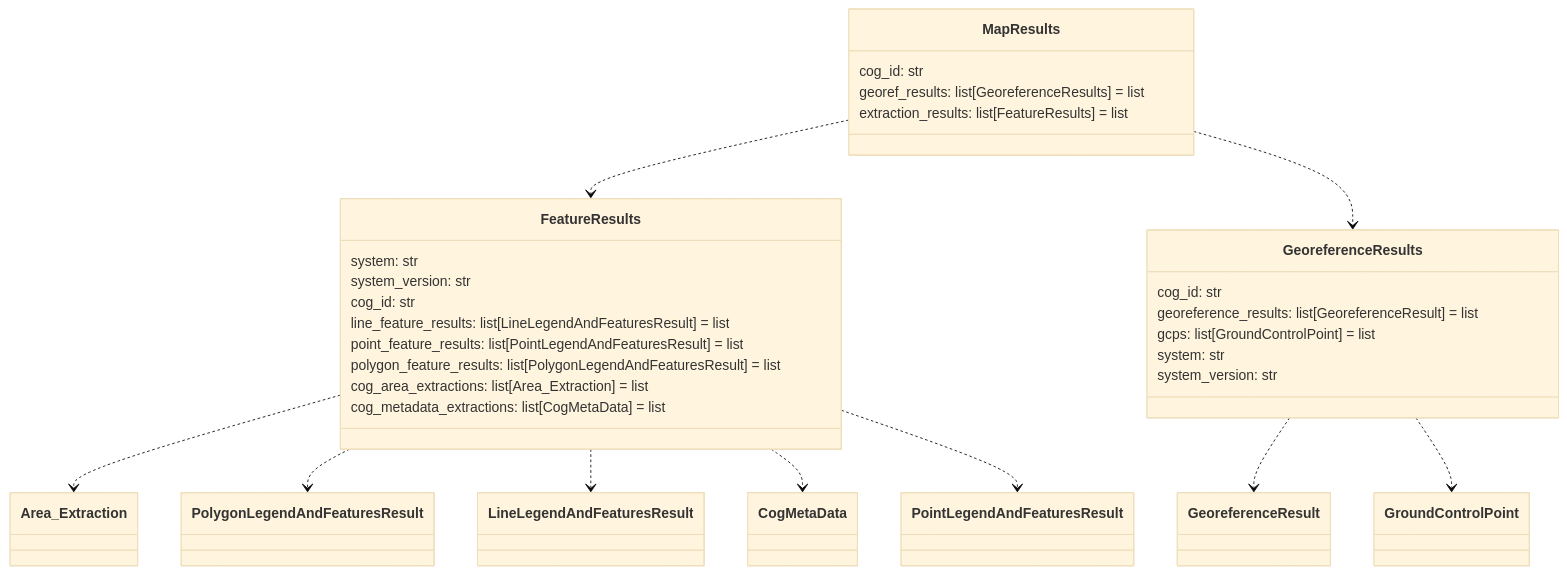
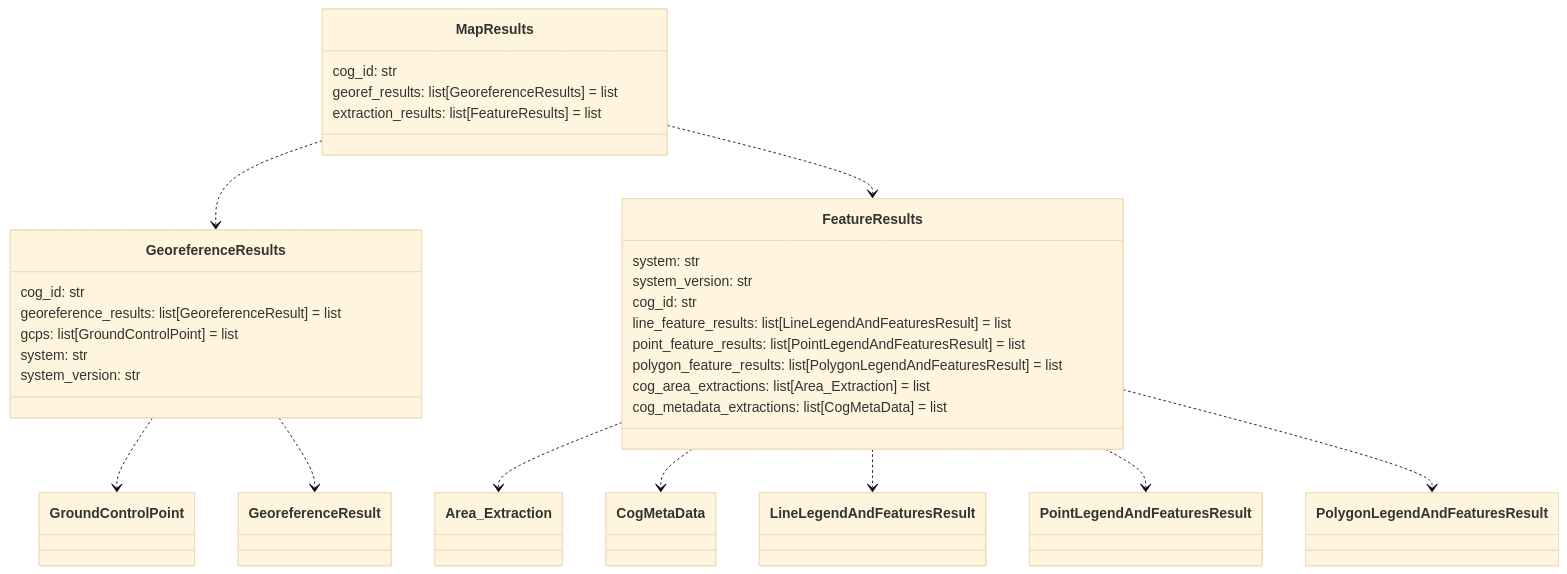
One commit to DARPA-CRITICALMAAS/cdr_schemas changed diagram 11 of 14 in README.md. Above: the diagram before and after it, drawn with Mermaid (base theme). The commit also changed other lines of this file and 4 other files, not shown here.

````diff
--- a/README.md
+++ b/README.md
@@ -901,40 +936,40 @@
 ```mermaid
 classDiagram
+
+    class GeoreferenceResults {
+        cog_id: str
+        georeference_results: list[GeoreferenceResult] = list
+        gcps: list[GroundControlPoint] = list
+        system: str
+        system_version: str
+    }
+
+    class MapResults {
+        cog_id: str
+        georef_results: list[GeoreferenceResults] = list
+        extraction_results: list[FeatureResults] = list
+    }
 
     class FeatureResults {
         system: str
         system_version: str
         cog_id: str
         line_feature_results: list[LineLegendAndFeaturesResult] = list
         point_feature_results: list[PointLegendAndFeaturesResult] = list
         polygon_feature_results: list[PolygonLegendAndFeaturesResult] = list
         cog_area_extractions: list[Area_Extraction] = list
         cog_metadata_extractions: list[CogMetaData] = list
     }
 
-    class MapResults {
-        cog_id: str
-        georef_results: list[GeoreferenceResults] = list
-        extraction_results: list[FeatureResults] = list
-    }
-
-    class GeoreferenceResults {
-        cog_id: str
-        georeference_results: list[GeoreferenceResult] = list
-        gcps: list[GroundControlPoint] = list
-        system: str
-        system_version: str
-    }
-
     FeatureResults ..> Area_Extraction
+    FeatureResults ..> CogMetaData
+    FeatureResults ..> LineLegendAndFeaturesResult
+    FeatureResults ..> PointLegendAndFeaturesResult
     FeatureResults ..> PolygonLegendAndFeaturesResult
-    FeatureResults ..> LineLegendAndFeaturesResult
-    FeatureResults ..> CogMetaData
-    FeatureResults ..> PointLegendAndFeaturesResult
+    GeoreferenceResults ..> GroundControlPoint
     GeoreferenceResults ..> GeoreferenceResult
-    GeoreferenceResults ..> GroundControlPoint
+    MapResults ..> GeoreferenceResults
     MapResults ..> FeatureResults
-    MapResults ..> GeoreferenceResults
 
 
 ```
````
